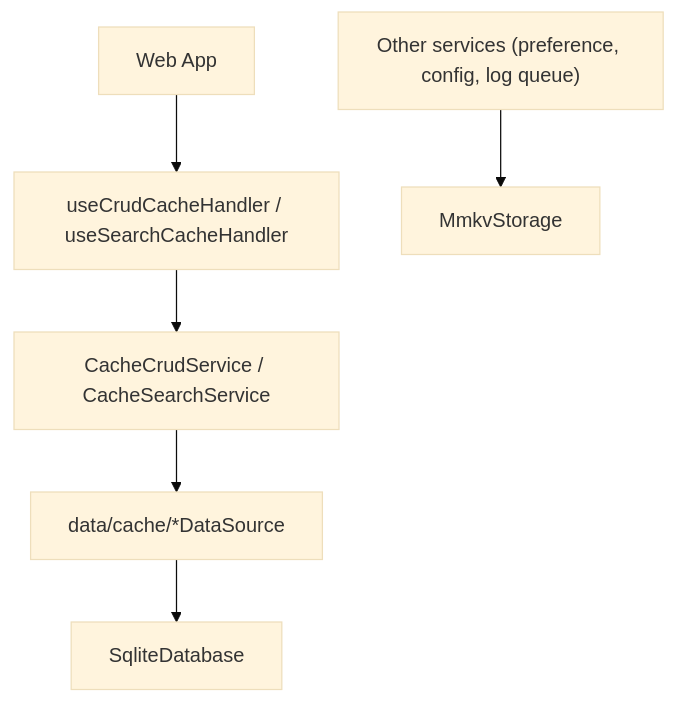
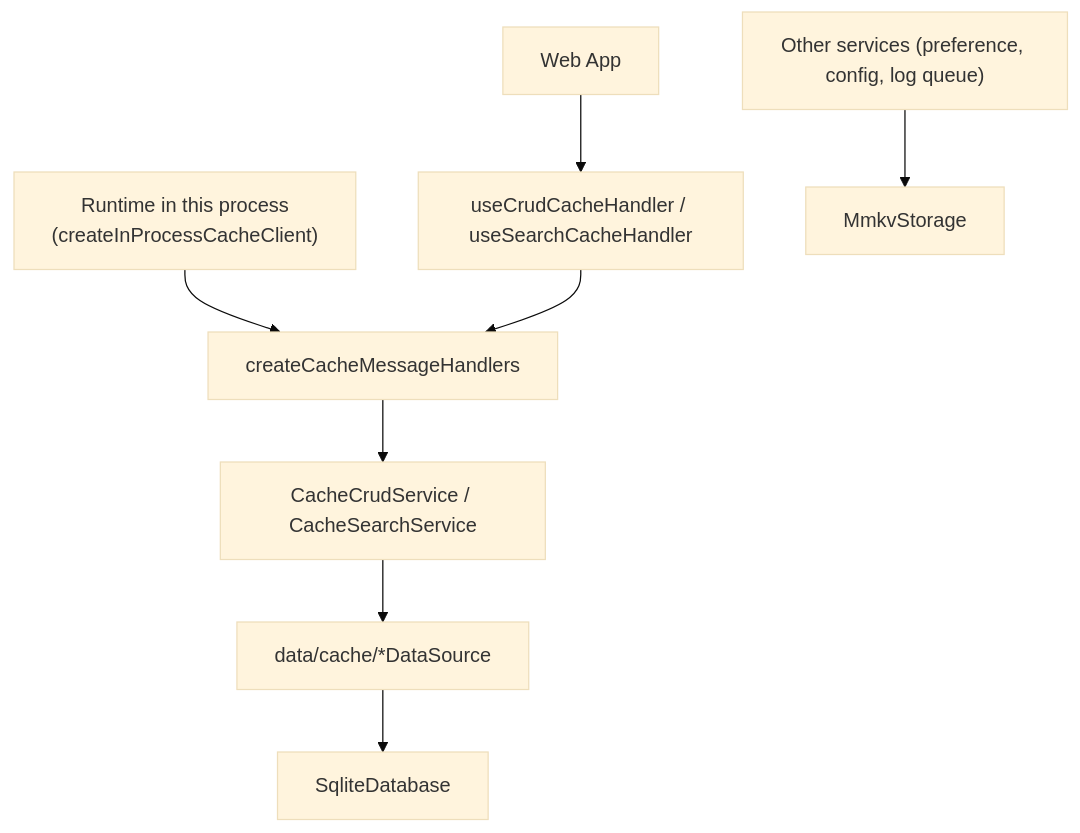
One commit to lemoncloud-io/dou-app changed the first of 2 diagrams in apps/mobile/docs/storage/cache.md. Above: the diagram before and after it, drawn with Mermaid (base theme). The commit also changed other lines of this file and 34 other files, not shown here.

````diff
--- a/apps/mobile/docs/storage/cache.md
+++ b/apps/mobile/docs/storage/cache.md
@@ -23,8 +28,10 @@
 ```mermaid
 flowchart TD
     Web["Web App"] --> Handler["useCrudCacheHandler / useSearchCacheHandler"]
-    Handler --> CacheService["CacheCrudService / CacheSearchService"]
+    Runtime["Runtime in this process<br/>(createInProcessCacheClient)"] --> Handlers
+    Handler --> Handlers["createCacheMessageHandlers"]
+    Handlers --> CacheService["CacheCrudService / CacheSearchService"]
     CacheService --> DataSource["data/cache/*DataSource"]
     DataSource --> SQLite["SqliteDatabase"]
     OtherService["Other services (preference, config, log queue)"] --> MMKV["MmkvStorage"]
 ```
````
